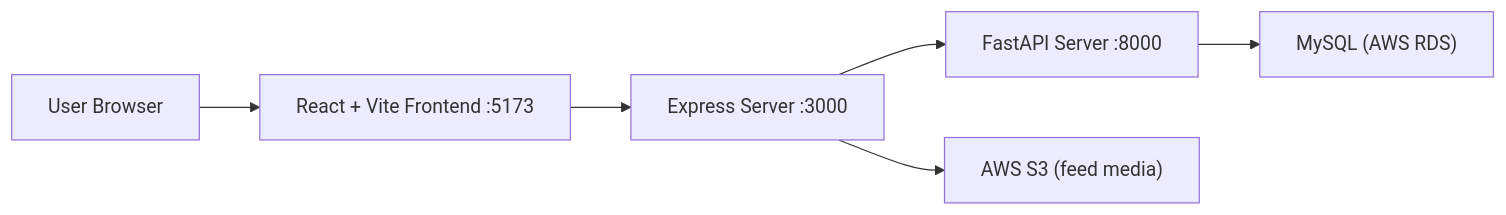
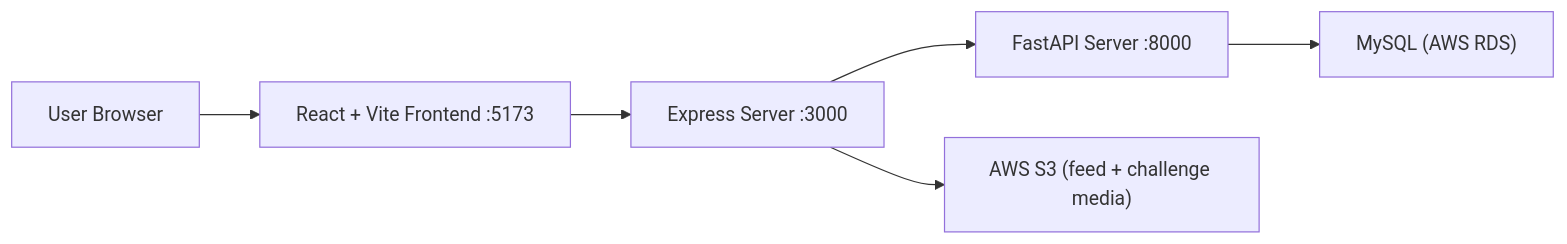
The first of 16 diagrams in docs/architecture-overview.md (junseoja/capston), drawn with Mermaid before and after one commit. The commit also changed other lines of this file and 19 other files, not shown here.

````diff
--- a/docs/architecture-overview.md
+++ b/docs/architecture-overview.md
@@ -30,8 +34,8 @@
 ```mermaid
 flowchart LR
     U["User Browser"] --> FE["React + Vite Frontend :5173"]
     FE --> EX["Express Server :3000"]
     EX --> FA["FastAPI Server :8000"]
     FA --> DB["MySQL (AWS RDS)"]
-    EX --> S3["AWS S3 (feed media)"]
+    EX --> S3["AWS S3 (feed + challenge media)"]
 ```
````
